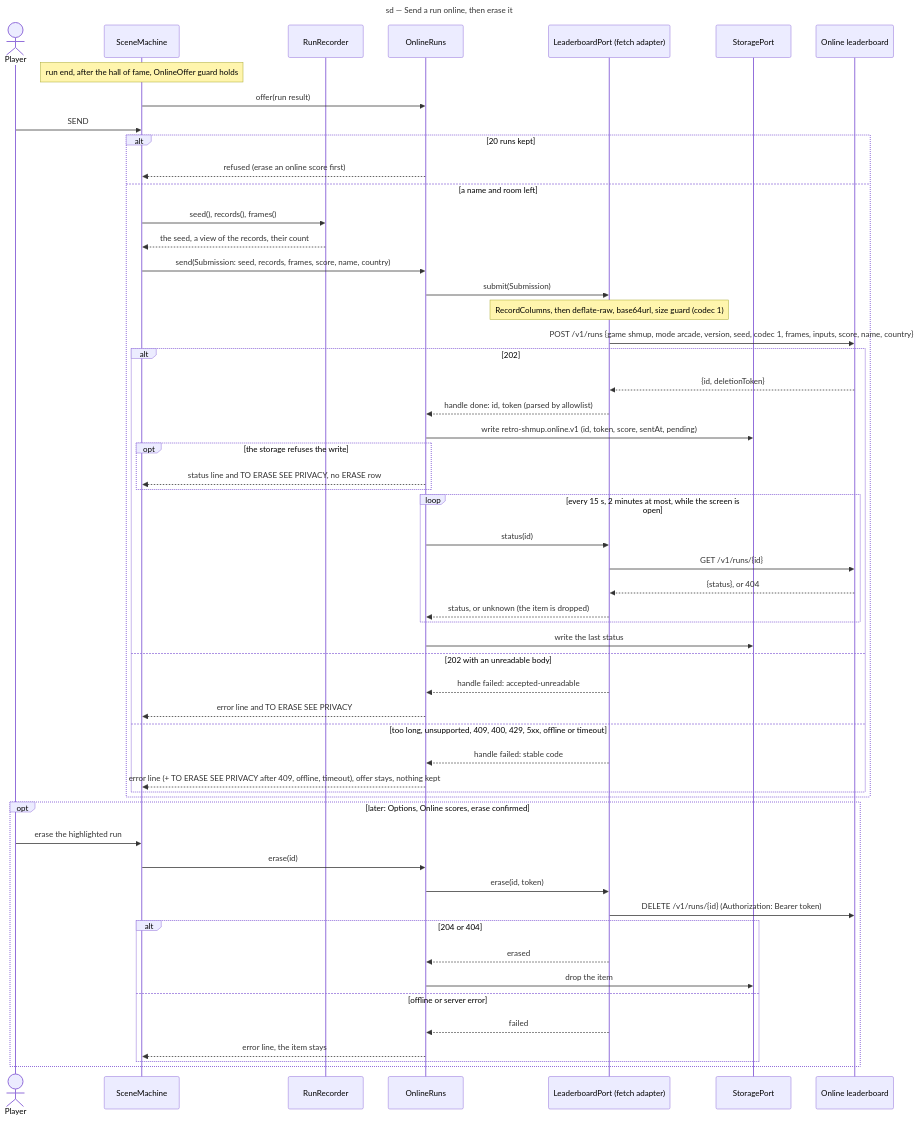
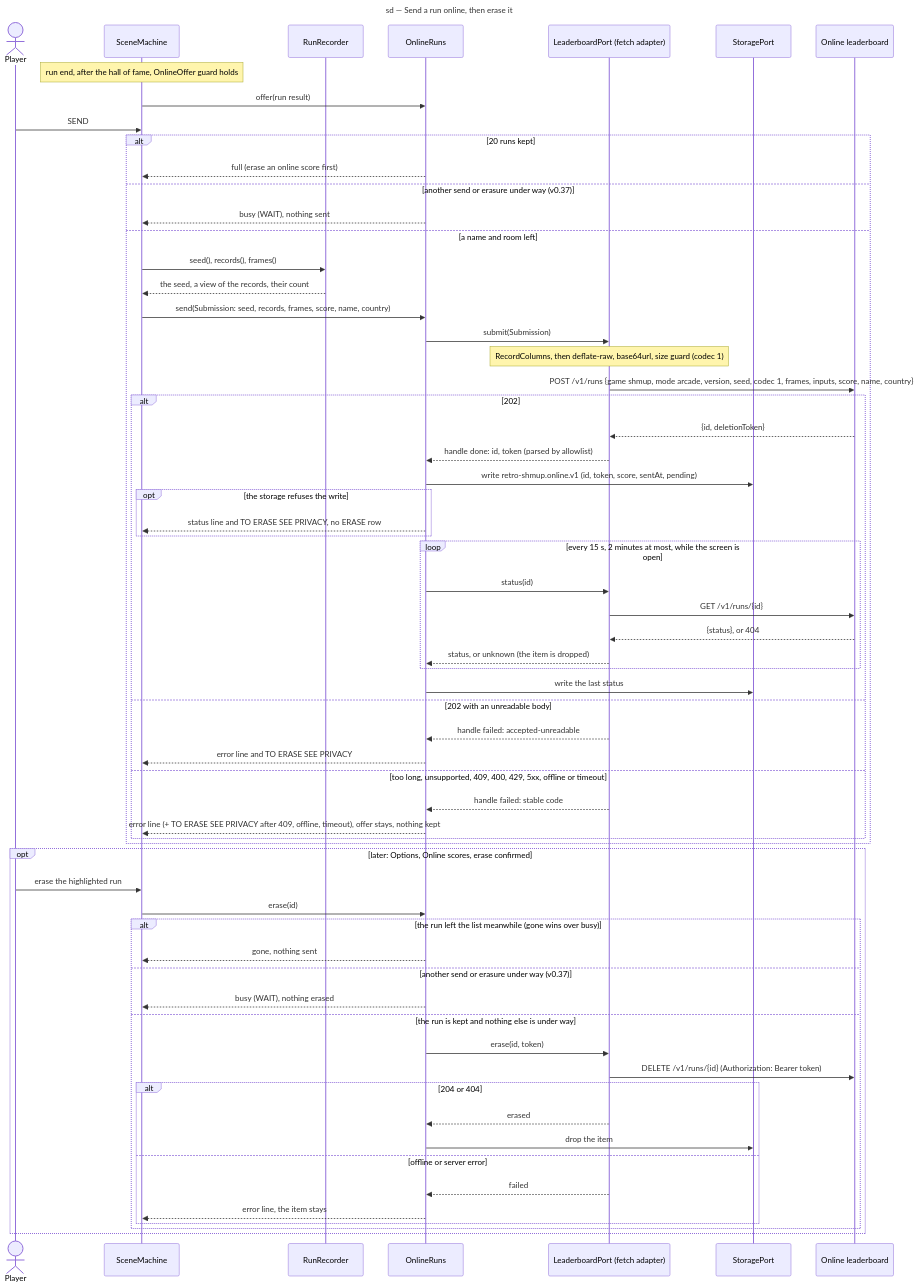
The diagram in docs/architecture/diagrams/meta/02-sequence-send-online.md (benoit-bremaud/retro-shmup), drawn with Mermaid before and after one commit. The commit also changed other lines of this file and 5 other files, not shown here.

First line of the commit message:
docs(design): show WAIT when a send or erasure meets another request (#178)

````diff
--- a/docs/architecture/diagrams/meta/02-sequence-send-online.md
+++ b/docs/architecture/diagrams/meta/02-sequence-send-online.md
@@ -19,60 +19,68 @@
 ```mermaid
 sequenceDiagram
   title sd — Send a run online, then erase it
   actor Player
   participant Scenes as SceneMachine
   participant Rec as RunRecorder
   participant Online as OnlineRuns
   participant Port as LeaderboardPort (fetch adapter)
   participant Store as StoragePort
   participant LB as Online leaderboard
 
   Note over Scenes: run end, after the hall of fame, OnlineOffer guard holds
   Scenes->>Online: offer(run result)
   Player->>Scenes: SEND
   alt 20 runs kept
-    Online-->>Scenes: refused (erase an online score first)
+    Online-->>Scenes: full (erase an online score first)
+  else another send or erasure under way (v0.37)
+    Online-->>Scenes: busy (WAIT), nothing sent
   else a name and room left
     Scenes->>Rec: seed(), records(), frames()
     Rec-->>Scenes: the seed, a view of the records, their count
     Scenes->>Online: send(Submission: seed, records, frames, score, name, country)
     Online->>Port: submit(Submission)
     Note over Port: RecordColumns, then deflate-raw, base64url, size guard (codec 1)
     Port->>LB: POST /v1/runs {game shmup, mode arcade, version, seed, codec 1, frames, inputs, score, name, country}
     alt 202
       LB-->>Port: {id, deletionToken}
       Port-->>Online: handle done: id, token (parsed by allowlist)
       Online->>Store: write retro-shmup.online.v1 (id, token, score, sentAt, pending)
       opt the storage refuses the write
         Online-->>Scenes: status line and TO ERASE SEE PRIVACY, no ERASE row
       end
       loop every 15 s, 2 minutes at most, while the screen is open
         Online->>Port: status(id)
         Port->>LB: GET /v1/runs/{id}
         LB-->>Port: {status}, or 404
         Port-->>Online: status, or unknown (the item is dropped)
       end
       Online->>Store: write the last status
     else 202 with an unreadable body
       Port-->>Online: handle failed: accepted-unreadable
       Online-->>Scenes: error line and TO ERASE SEE PRIVACY
     else too long, unsupported, 409, 400, 429, 5xx, offline or timeout
       Port-->>Online: handle failed: stable code
       Online-->>Scenes: error line (+ TO ERASE SEE PRIVACY after 409, offline, timeout), offer stays, nothing kept
     end
   end
 
   opt later: Options, Online scores, erase confirmed
     Player->>Scenes: erase the highlighted run
     Scenes->>Online: erase(id)
-    Online->>Port: erase(id, token)
-    Port->>LB: DELETE /v1/runs/{id} (Authorization: Bearer token)
-    alt 204 or 404
-      Port-->>Online: erased
-      Online->>Store: drop the item
-    else offline or server error
-      Port-->>Online: failed
-      Online-->>Scenes: error line, the item stays
+    alt the run left the list meanwhile (gone wins over busy)
+      Online-->>Scenes: gone, nothing sent
+    else another send or erasure under way (v0.37)
+      Online-->>Scenes: busy (WAIT), nothing erased
+    else the run is kept and nothing else is under way
+      Online->>Port: erase(id, token)
+      Port->>LB: DELETE /v1/runs/{id} (Authorization: Bearer token)
+      alt 204 or 404
+        Port-->>Online: erased
+        Online->>Store: drop the item
+      else offline or server error
+        Port-->>Online: failed
+        Online-->>Scenes: error line, the item stays
+      end
     end
   end
 ```
````
